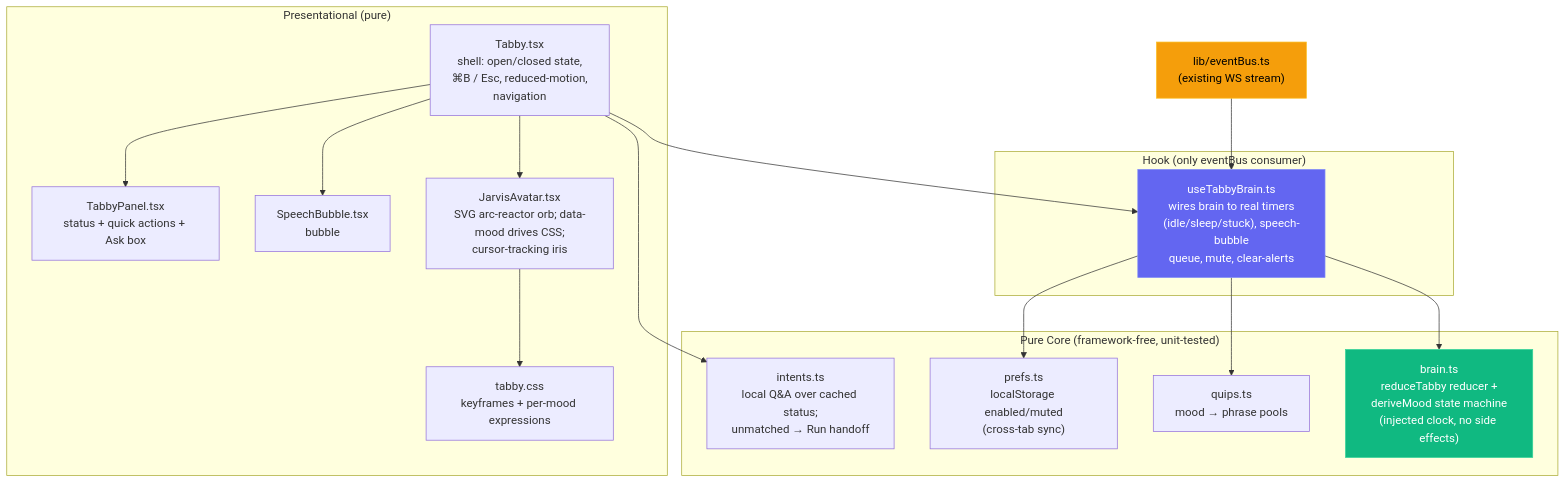
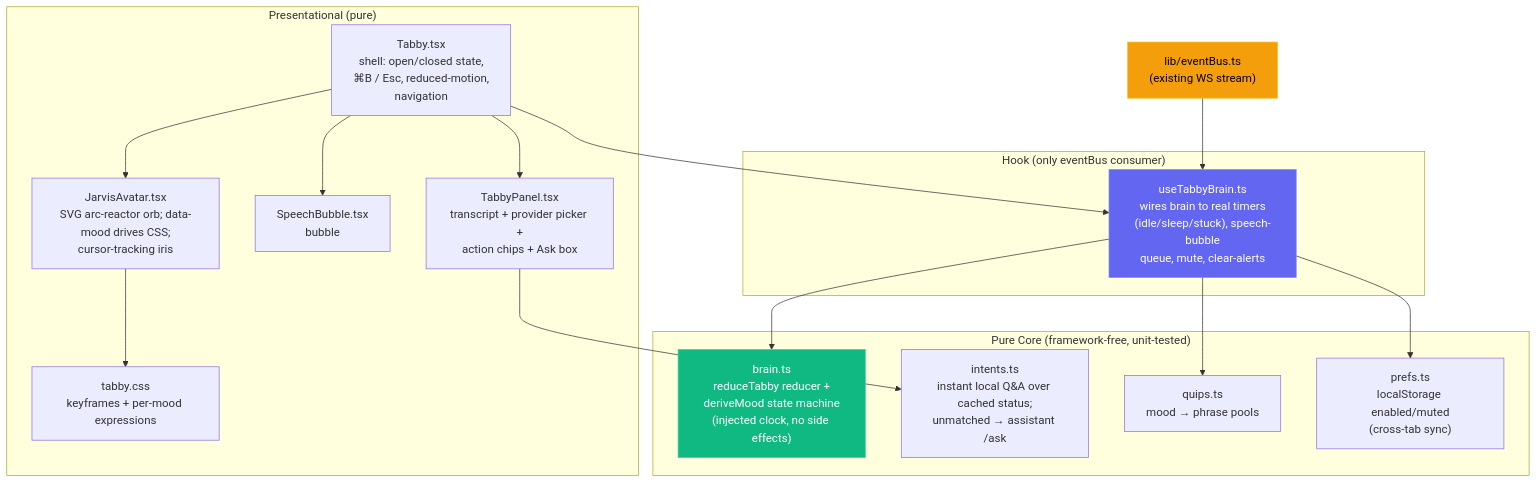
One commit to MrZarrar/Jarvis-Sub-Agent-Dashboard changed diagram 31 of 48 in ARCHITECTURE.md. Above: the diagram before and after it, drawn with Mermaid. The commit also changed other lines of this file and 9 other files, not shown here.

````diff
--- a/ARCHITECTURE.md
+++ b/ARCHITECTURE.md
@@ -2578,36 +2584,36 @@
 ```mermaid
 graph TD
     subgraph "Pure Core (framework-free, unit-tested)"
         BRAIN["brain.ts<br/>reduceTabby reducer +<br/>deriveMood state machine<br/>(injected clock, no side effects)"]
-        INTENTS["intents.ts<br/>local Q&A over cached status;<br/>unmatched → Run handoff"]
+        INTENTS["intents.ts<br/>instant local Q&A over cached status;<br/>unmatched → assistant /ask"]
         QUIPS["quips.ts<br/>mood → phrase pools"]
         PREFS["prefs.ts<br/>localStorage enabled/muted<br/>(cross-tab sync)"]
     end
 
     subgraph "Hook (only eventBus consumer)"
         HOOK["useTabbyBrain.ts<br/>wires brain to real timers<br/>(idle/sleep/stuck), speech-bubble<br/>queue, mute, clear-alerts"]
     end
 
     subgraph "Presentational (pure)"
         SHELL["Tabby.tsx<br/>shell: open/closed state,<br/>⌘B / Esc, reduced-motion,<br/>navigation"]
         AVATAR["JarvisAvatar.tsx<br/>SVG arc-reactor orb; data-mood drives CSS;<br/>cursor-tracking iris"]
         BUBBLE["SpeechBubble.tsx<br/>bubble"]
-        PANEL["TabbyPanel.tsx<br/>status + quick actions + Ask box"]
+        PANEL["TabbyPanel.tsx<br/>transcript + provider picker +<br/>action chips + Ask box"]
         CSS["tabby.css<br/>keyframes + per-mood expressions"]
     end
 
     BUS["lib/eventBus.ts<br/>(existing WS stream)"]
 
     BUS --> HOOK
     HOOK --> BRAIN
     HOOK --> QUIPS
     HOOK --> PREFS
     SHELL --> HOOK
-    SHELL --> INTENTS
     SHELL --> AVATAR & BUBBLE & PANEL
+    PANEL --> INTENTS
     AVATAR --> CSS
 
     style BRAIN fill:#10b981,stroke:#34d399,color:#fff
     style BUS fill:#f59e0b,stroke:#fbbf24,color:#000
     style HOOK fill:#6366f1,stroke:#818cf8,color:#fff
 ```
````
